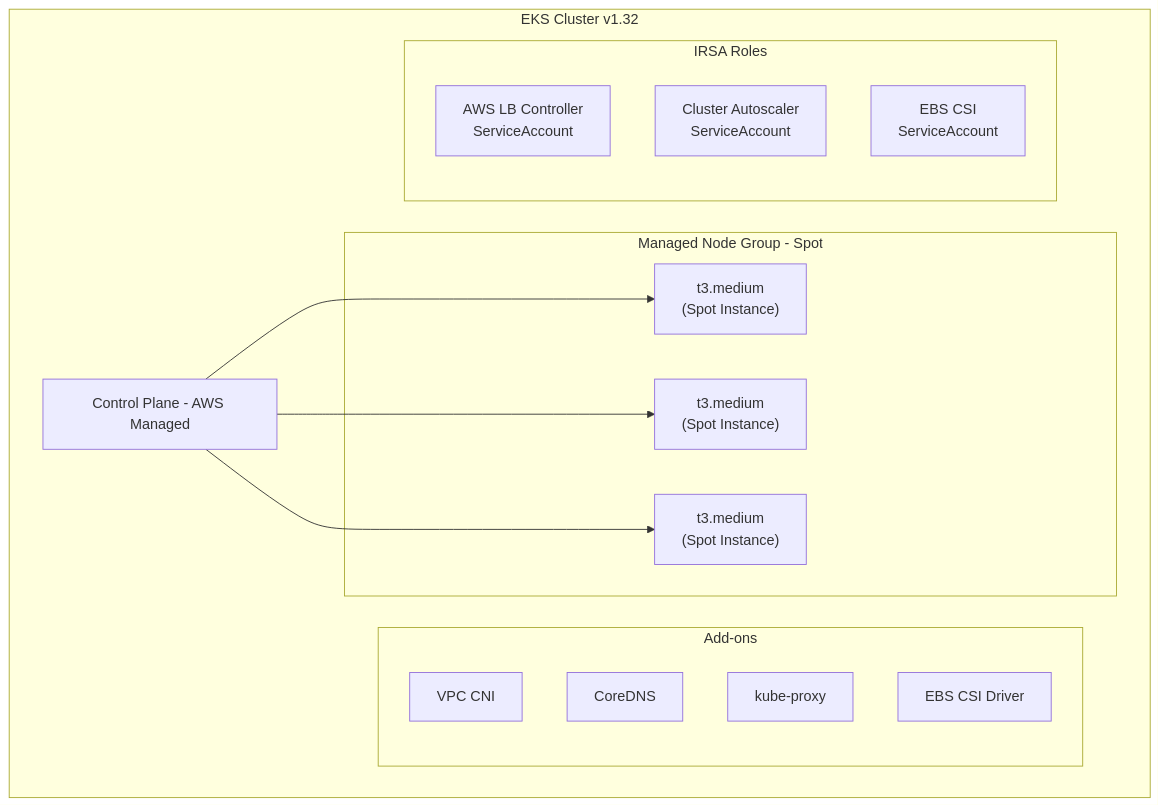
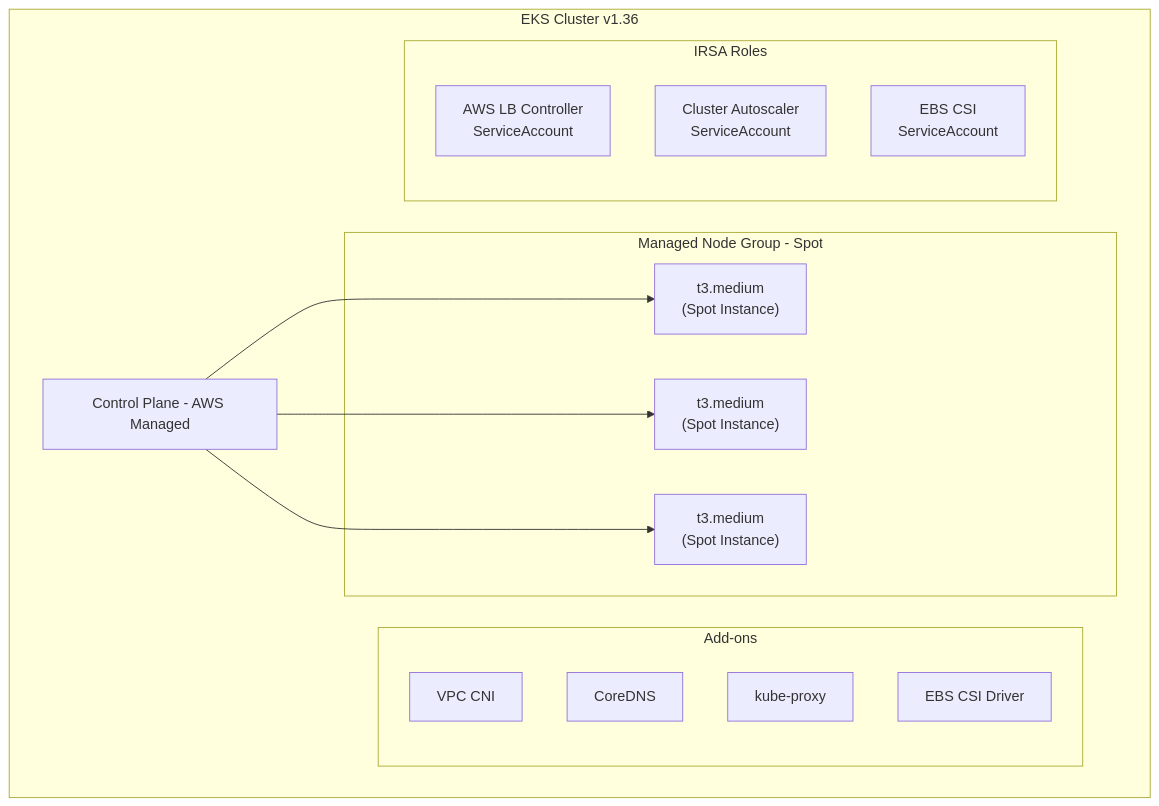
One commit to online-boutique-application-demo/online-boutique-app changed the fourth of 10 diagrams in devops/architecture.md. Above: the diagram before and after it, drawn with Mermaid. The commit also changed other lines of this file and 3 other files, not shown here.

First line of the commit message:
docs(devops): sync plan, architecture and stage-1 docs with audit fixes

````diff
--- a/devops/architecture.md
+++ b/devops/architecture.md
@@ -186,27 +186,27 @@
 ```mermaid
 graph TB
-    subgraph "EKS Cluster v1.32"
+    subgraph "EKS Cluster v1.36"
         CP[Control Plane - AWS Managed]
 
         subgraph "Managed Node Group - Spot"
             NODE1["t3.medium\n(Spot Instance)"]
             NODE2["t3.medium\n(Spot Instance)"]
             NODE3["t3.medium\n(Spot Instance)"]
         end
 
         subgraph "Add-ons"
             VPC_CNI[VPC CNI]
             COREDNS[CoreDNS]
             KUBE_PROXY[kube-proxy]
             EBS_CSI[EBS CSI Driver]
         end
 
         subgraph "IRSA Roles"
             LB_CTRL["AWS LB Controller\nServiceAccount"]
             AUTOSCALER["Cluster Autoscaler\nServiceAccount"]
             EBS_SA["EBS CSI\nServiceAccount"]
         end
     end
 
     CP --> NODE1 & NODE2 & NODE3
 ```
````
